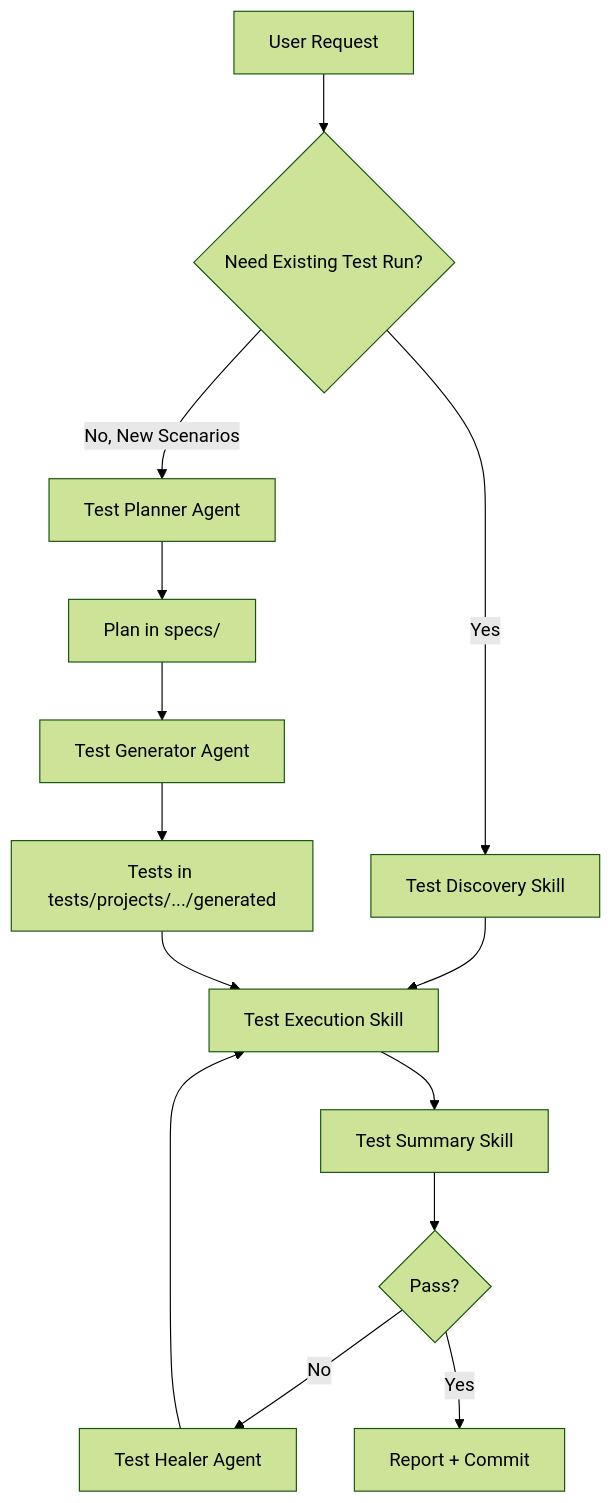
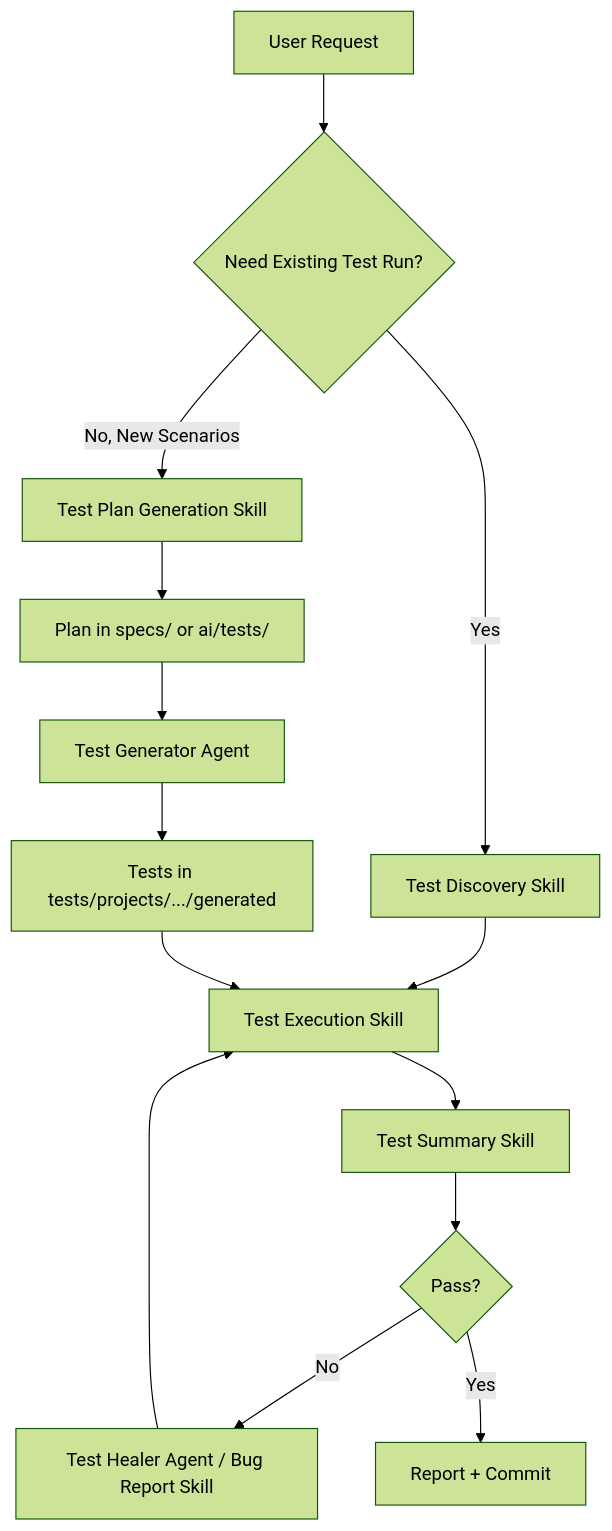
The diagram in README.md (jameshc-gr/NFS-QA-Automation), drawn with Mermaid (forest theme) before and after one commit. The commit also changed other lines of this file and 32 other files, not shown here.

````diff
--- a/README.md
+++ b/README.md
@@ -29,17 +36,17 @@
 ```mermaid
 flowchart TD
 	A[User Request] --> B{Need Existing Test Run?}
 	B -->|Yes| C[Test Discovery Skill]
 	C --> D[Test Execution Skill]
 	D --> E[Test Summary Skill]
 	E --> F{Pass?}
-	F -->|No| G[Test Healer Agent]
+	F -->|No| G[Test Healer Agent / Bug Report Skill]
 	G --> D
 	F -->|Yes| H[Report + Commit]
 
-	B -->|No, New Scenarios| I[Test Planner Agent]
-	I --> J[Plan in specs/]
+	B -->|No, New Scenarios| I[Test Plan Generation Skill]
+	I --> J[Plan in specs/ or ai/tests/]
 	J --> K[Test Generator Agent]
 	K --> L[Tests in tests/projects/.../generated]
 	L --> D
 ```
````
